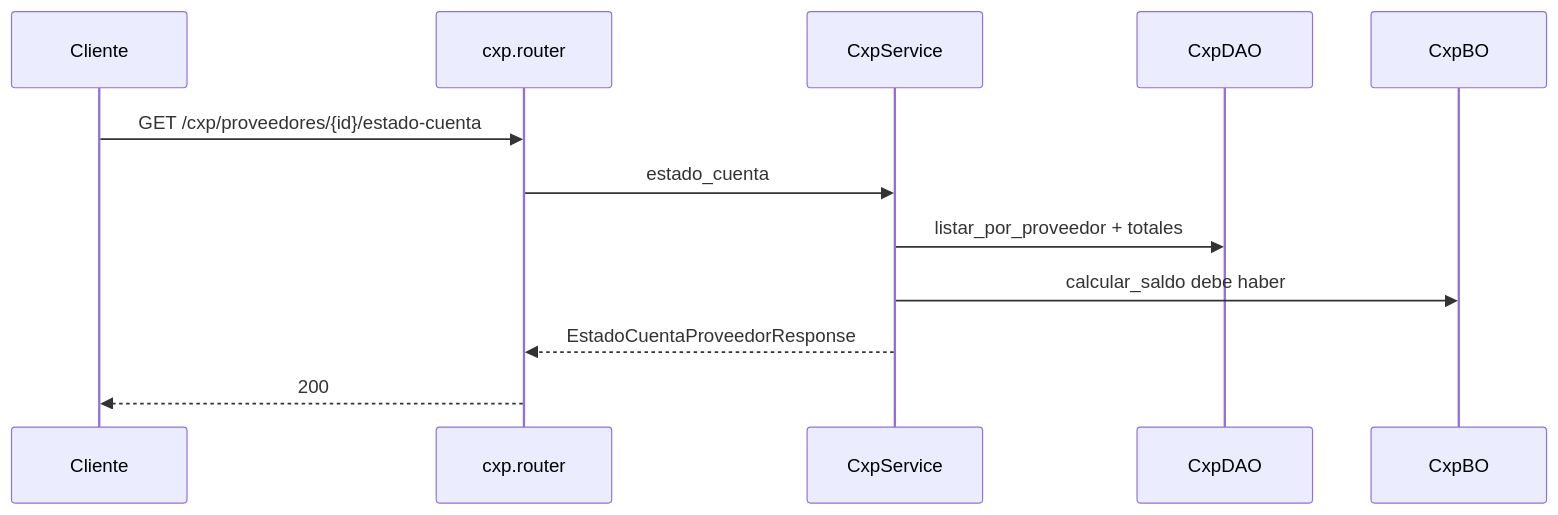
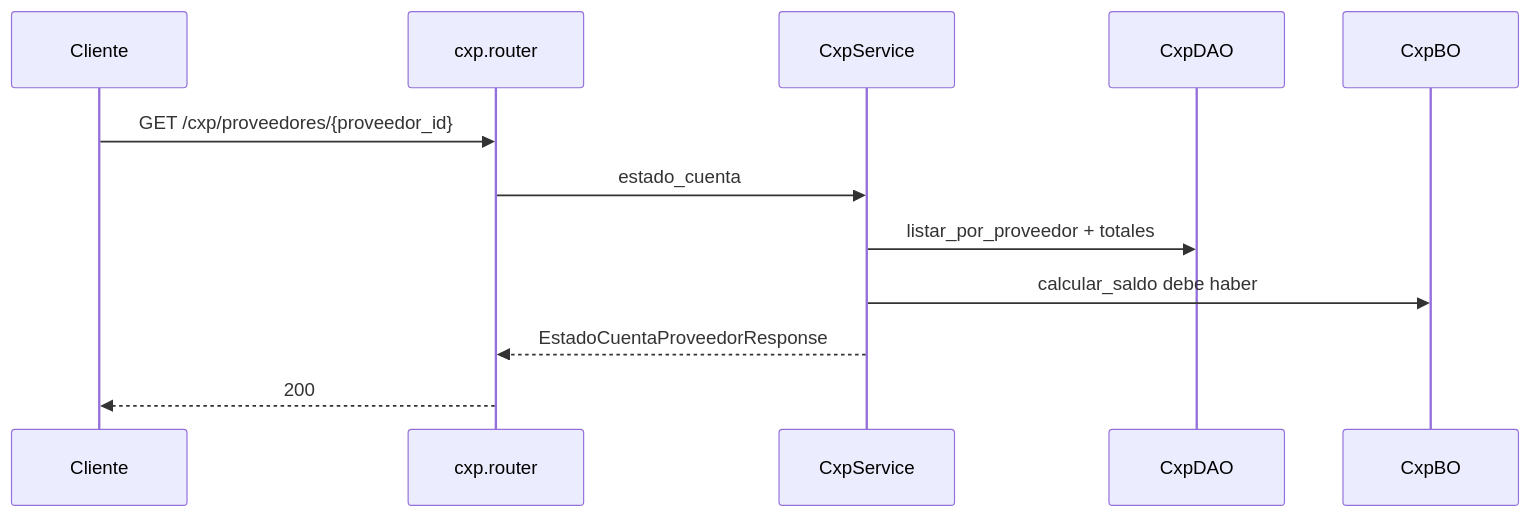
One commit to estsan3/ventas360-api changed the second of 2 diagrams in docs/diagramas/cxp.md. Above: the diagram before and after it, drawn with Mermaid. The commit also changed other lines of this file and 12 other files, not shown here.

First line of the commit message:
docs: alinear diagramas de secuencia con rutas y flujos actuales

````diff
--- a/docs/diagramas/cxp.md
+++ b/docs/diagramas/cxp.md
@@ -29,15 +29,15 @@
 ```mermaid
 sequenceDiagram
     participant Cliente
     participant Router as cxp.router
     participant Service as CxpService
     participant DAO as CxpDAO
     participant BO as CxpBO
 
-    Cliente->>Router: GET /cxp/proveedores/{id}/estado-cuenta
+    Cliente->>Router: GET /cxp/proveedores/{proveedor_id}
     Router->>Service: estado_cuenta
     Service->>DAO: listar_por_proveedor + totales
     Service->>BO: calcular_saldo debe haber
     Service-->>Router: EstadoCuentaProveedorResponse
     Router-->>Cliente: 200
 ```
````
